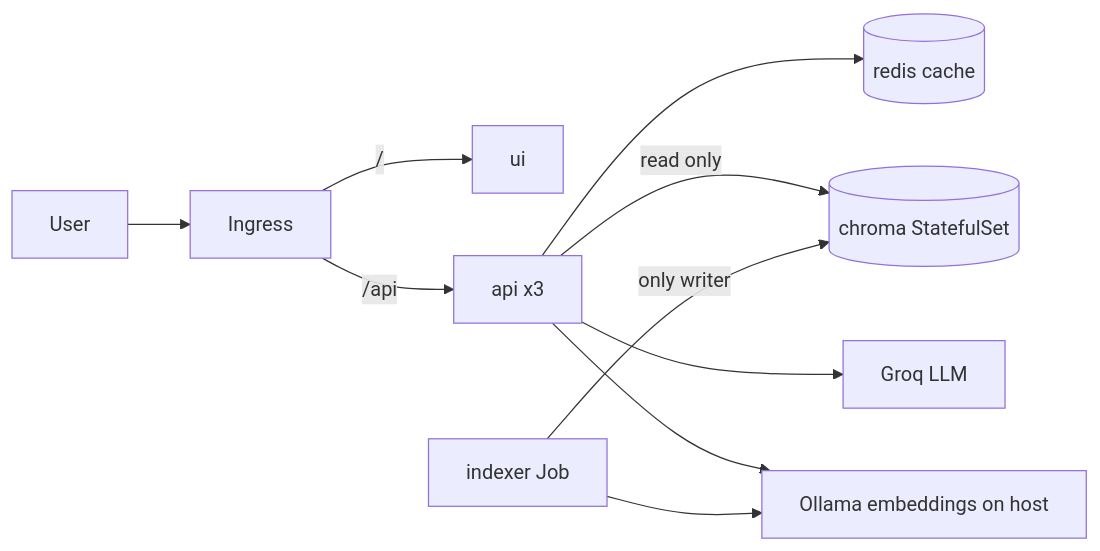
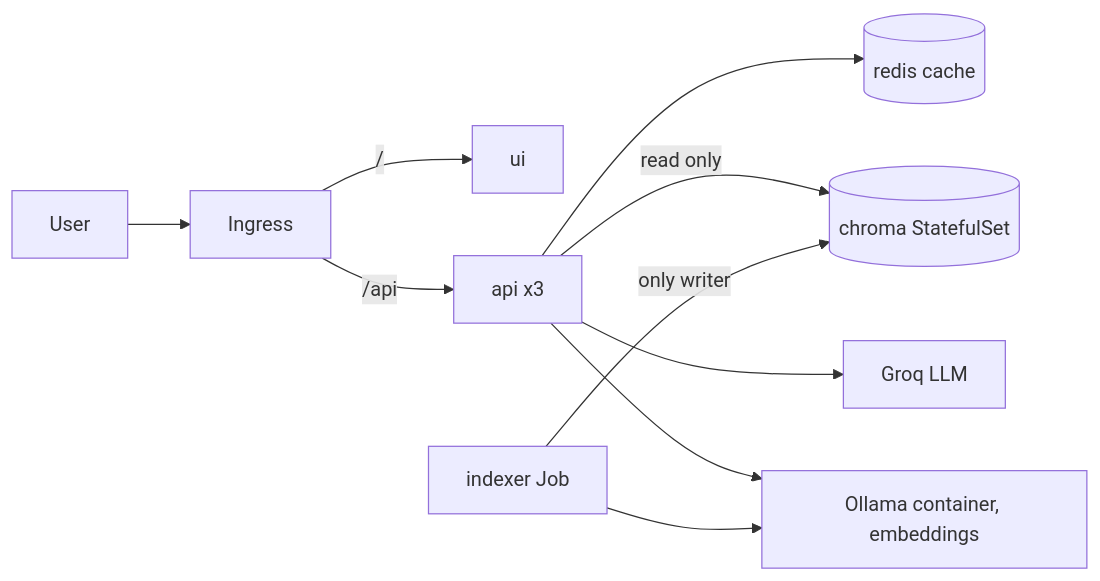
One commit to CapsuleFlyer/rahbar changed the diagram in README.md. Above: the diagram before and after it, drawn with Mermaid. The commit also changed other lines of this file and 2 other files, not shown here.

````diff
--- a/README.md
+++ b/README.md
@@ -20,12 +20,12 @@
 ```mermaid
 flowchart LR
   U[User] --> I[Ingress]
   I -->|/| UI[ui]
   I -->|/api| API[api x3]
   API --> R[(redis cache)]
   API -->|read only| C[(chroma StatefulSet)]
   J[indexer Job] -->|only writer| C
   API --> L[Groq LLM]
-  API --> E[Ollama embeddings on host]
+  API --> E[Ollama container, embeddings]
   J --> E
 ```
````
